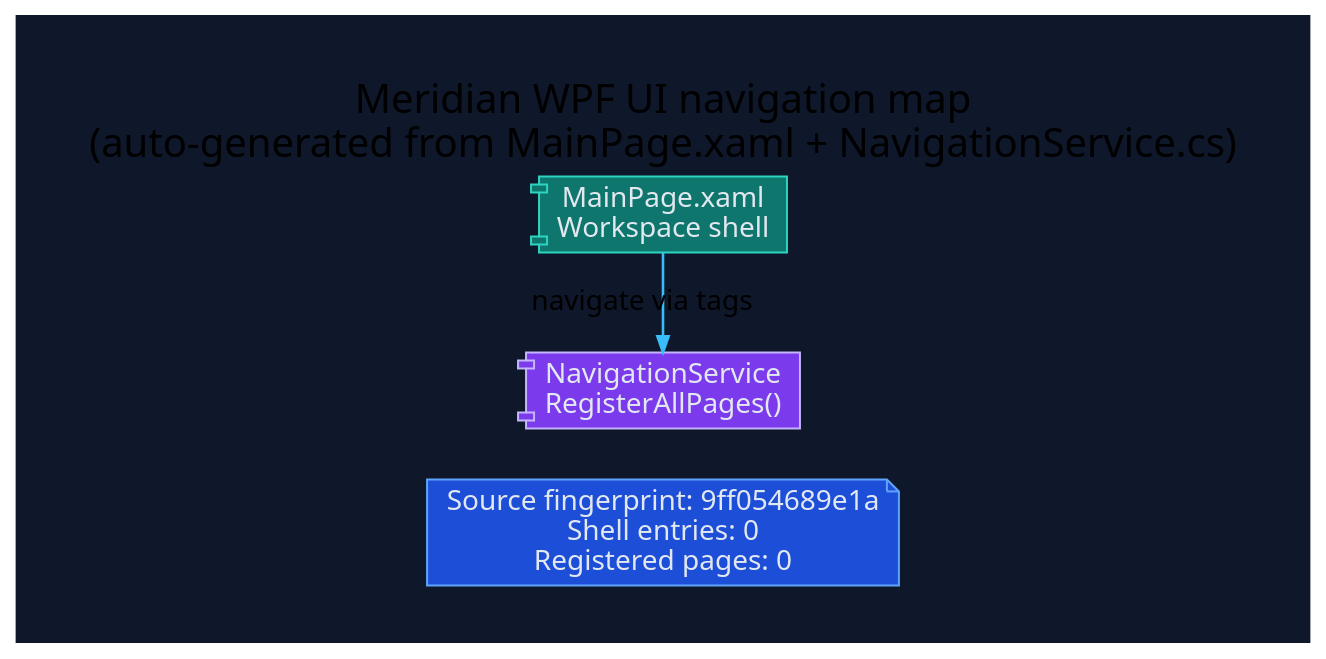
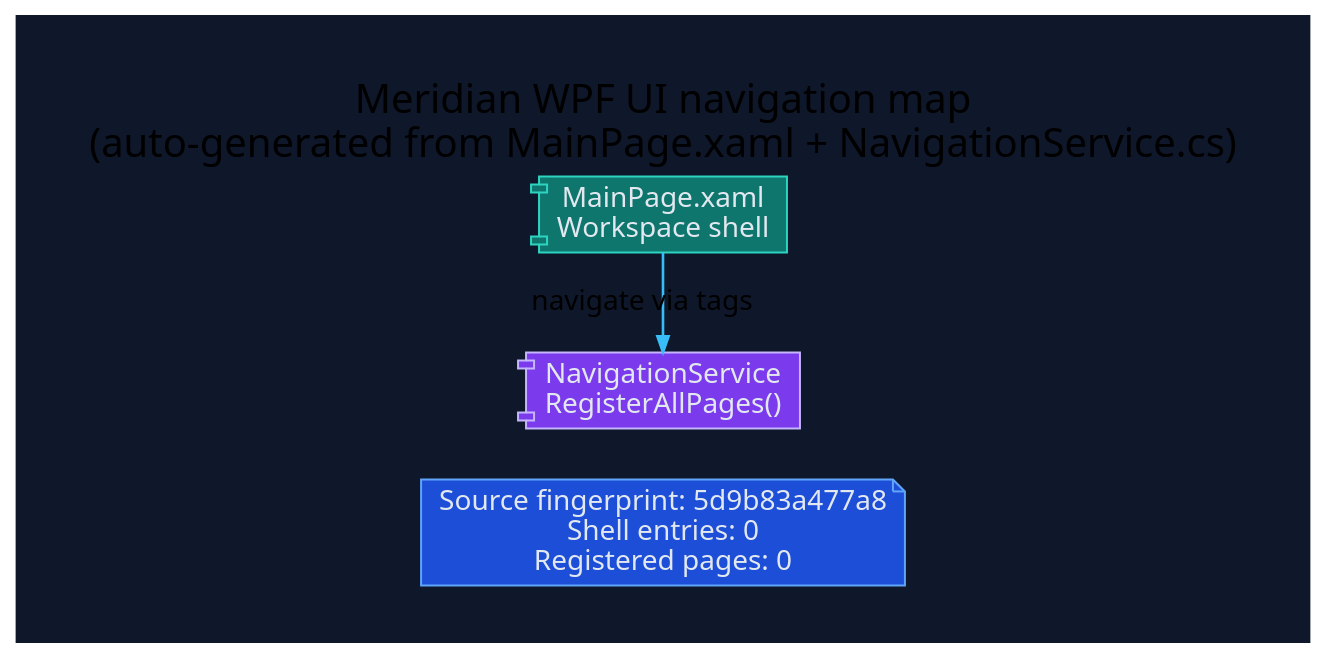
The diagram in docs/diagrams/ui-navigation-map.dot (rodoHasArrived/Meridian-main), drawn with Graphviz before and after one commit. The commit also changed 5 other files, not shown here.

Commit message:
docs(diagrams): regenerate diagram artifacts from sources

```diff
--- a/docs/diagrams/ui-navigation-map.dot
+++ b/docs/diagrams/ui-navigation-map.dot
@@ -1,27 +1,27 @@
 // -----------------------------------------------------------------------------
 // <auto-generated>
 // Generated by scripts/generate-diagrams.mjs.
 // Do not edit this file directly; update the WPF source files instead.
 // -----------------------------------------------------------------------------
 digraph UiNavigationMap {
   graph [
     rankdir=LR,
     labelloc=t,
     label="Meridian WPF UI navigation map\n(auto-generated from MainPage.xaml + NavigationService.cs)",
     fontname="Segoe UI",
     fontsize=20,
     pad=0.4,
     nodesep=0.35,
     ranksep=1.0,
     bgcolor="#0f172a"
   ];
   node [fontname="Segoe UI", shape=box, style="rounded,filled", color="#475569", fontcolor="#e2e8f0", fillcolor="#1e293b"];
   edge [fontname="Segoe UI", color="#94a3b8", penwidth=1.3, arrowsize=0.8];
 
-  generated [shape=note, fillcolor="#1d4ed8", color="#60a5fa", label="Source fingerprint: 9ff054689e1a\nShell entries: 0\nRegistered pages: 0"];
+  generated [shape=note, fillcolor="#1d4ed8", color="#60a5fa", label="Source fingerprint: 5d9b83a477a8\nShell entries: 0\nRegistered pages: 0"];
   shell [shape=component, fillcolor="#0f766e", color="#2dd4bf", label="MainPage.xaml\nWorkspace shell"];
   navigation [shape=component, fillcolor="#7c3aed", color="#c4b5fd", label="NavigationService\nRegisterAllPages()"];
   shell -> navigation [label="navigate via tags", color="#38bdf8"];
 
   { rank=min; generated; shell; navigation; }
 }
```
